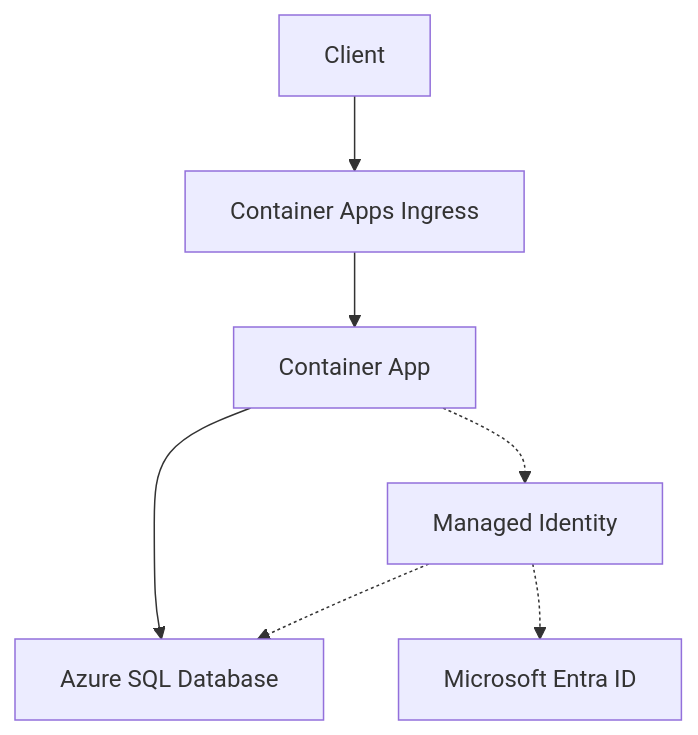
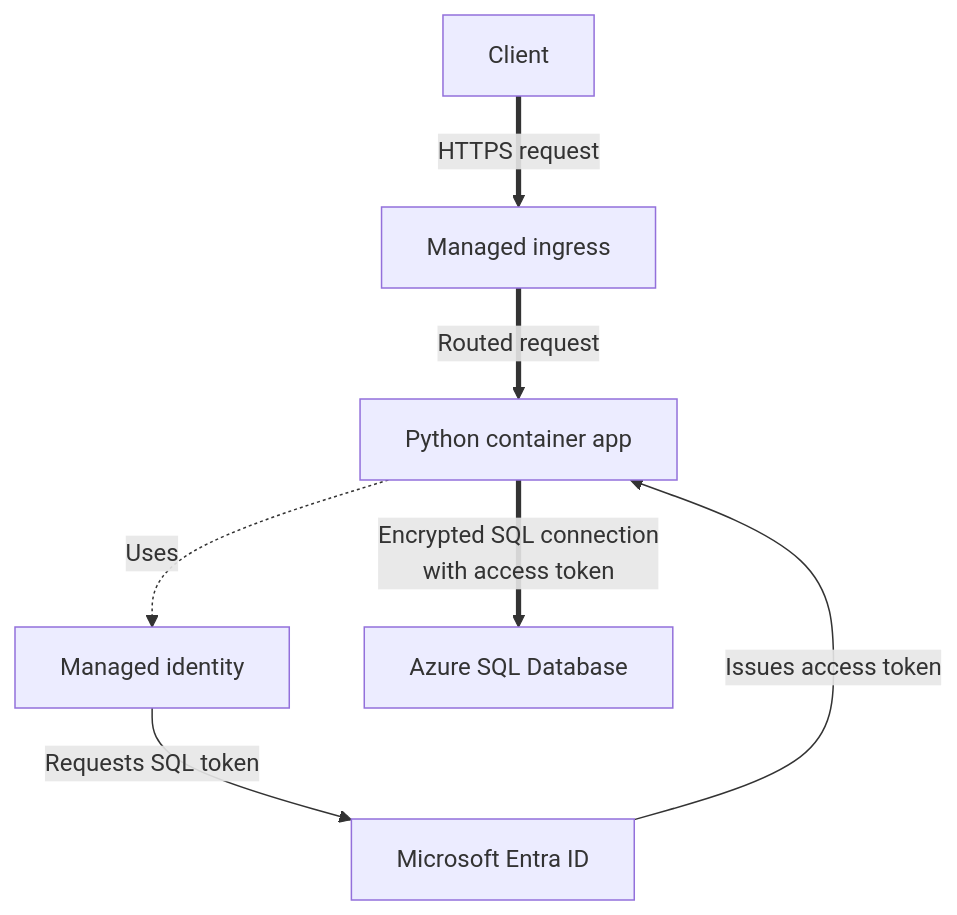
One commit to yeongseon/azure-container-apps-practical-guide changed the diagram in docs/language-guides/python/recipes/azure-sql.md. Above: the diagram before and after it, drawn with Mermaid. The commit also changed other lines of this file and 18 other files, not shown here.

Commit message:
docs(diagrams): migrate Python recipe diagrams (#620)

````diff
--- a/docs/language-guides/python/recipes/azure-sql.md
+++ b/docs/language-guides/python/recipes/azure-sql.md
@@ -18,9 +18,19 @@
 ```mermaid
 flowchart TD
-    C[Client] --> I[Container Apps Ingress]
-    I --> APP[Container App]
-    APP --> SQL[Azure SQL Database]
-    APP -.-> MI[Managed Identity]
-    MI -.-> ENTRA[Microsoft Entra ID]
-    MI -.-> SQL
+    accTitle: Passwordless Python access to Azure SQL
+    accDescr: A client request reaches the Python app through managed ingress. The app obtains a token for Azure SQL through its managed identity and Microsoft Entra ID before opening the database connection.
+
+    CLIENT[Client]
+    INGRESS[Managed ingress]
+    APP[Python container app]
+    IDENTITY[Managed identity]
+    ENTRA[Microsoft Entra ID]
+    SQL[Azure SQL Database]
+
+    CLIENT ==>|HTTPS request| INGRESS
+    INGRESS ==>|Routed request| APP
+    APP -.->|Uses| IDENTITY
+    IDENTITY -->|Requests SQL token| ENTRA
+    ENTRA -->|Issues access token| APP
+    APP ==>|Encrypted SQL connection<br/>with access token| SQL
 ```
````
